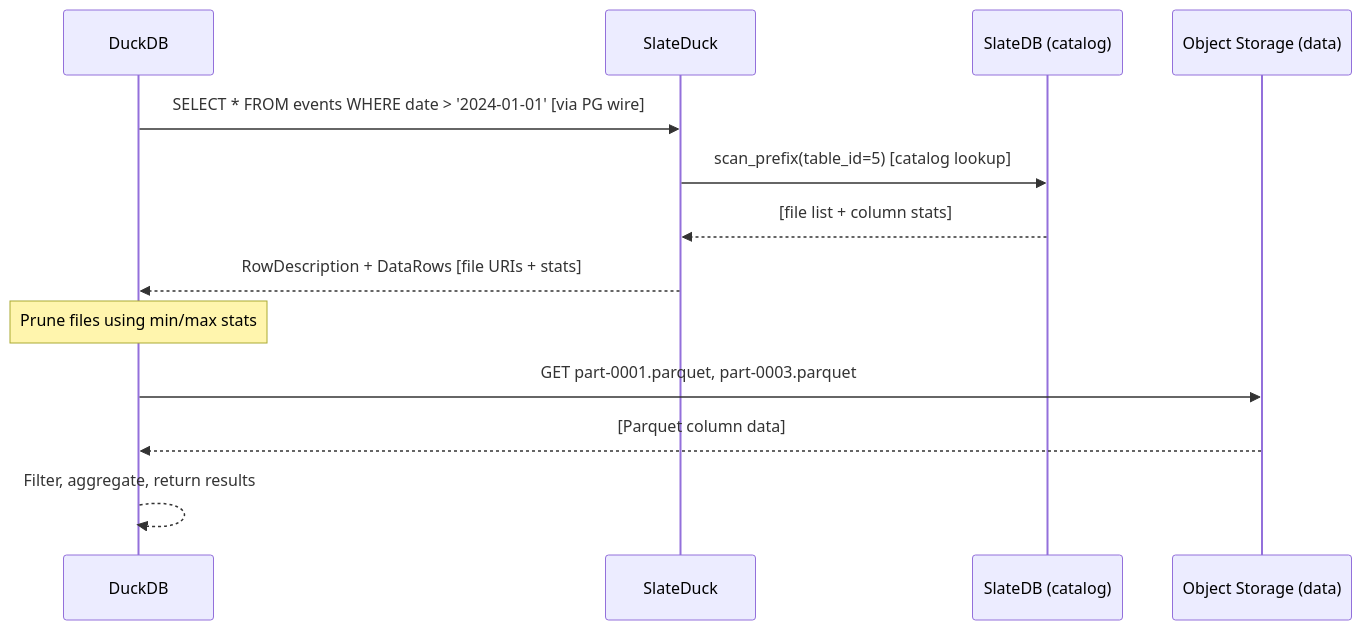
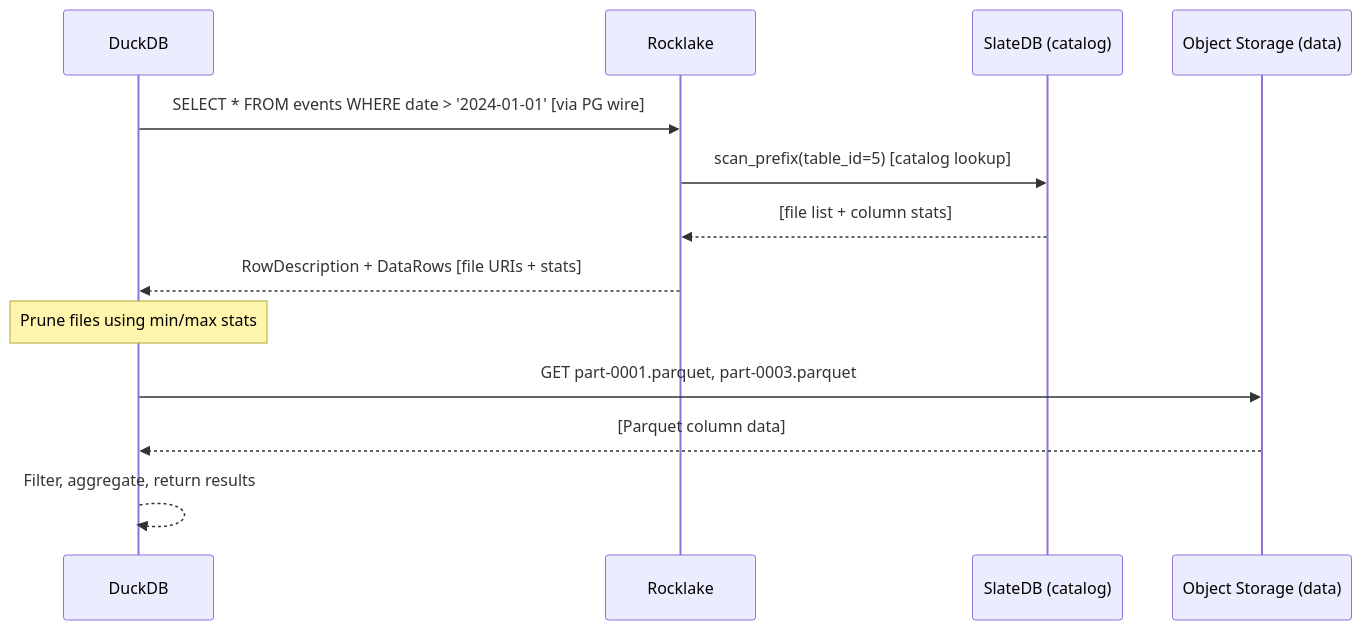
The first of 2 diagrams in docs/concepts/catalog-vs-data.md (trickle-labs/slateduck), drawn with Mermaid before and after one commit. The commit also changed other lines of this file and 396 other files, not shown here.

First line of the commit message:
rename: SlateDuck -> Rocklake across entire codebase

````diff
--- a/docs/concepts/catalog-vs-data.md
+++ b/docs/concepts/catalog-vs-data.md
@@ -77,16 +77,16 @@
 ```mermaid
 sequenceDiagram
     participant DDB as DuckDB
-    participant SD as SlateDuck
+    participant SD as Rocklake
     participant SDB as SlateDB (catalog)
     participant OBJ as Object Storage (data)
 
     DDB->>SD: SELECT * FROM events WHERE date > '2024-01-01' [via PG wire]
     SD->>SDB: scan_prefix(table_id=5) [catalog lookup]
     SDB-->>SD: [file list + column stats]
     SD-->>DDB: RowDescription + DataRows [file URIs + stats]
     Note over DDB: Prune files using min/max stats
     DDB->>OBJ: GET part-0001.parquet, part-0003.parquet
     OBJ-->>DDB: [Parquet column data]
     DDB-->>DDB: Filter, aggregate, return results
 ```
````
